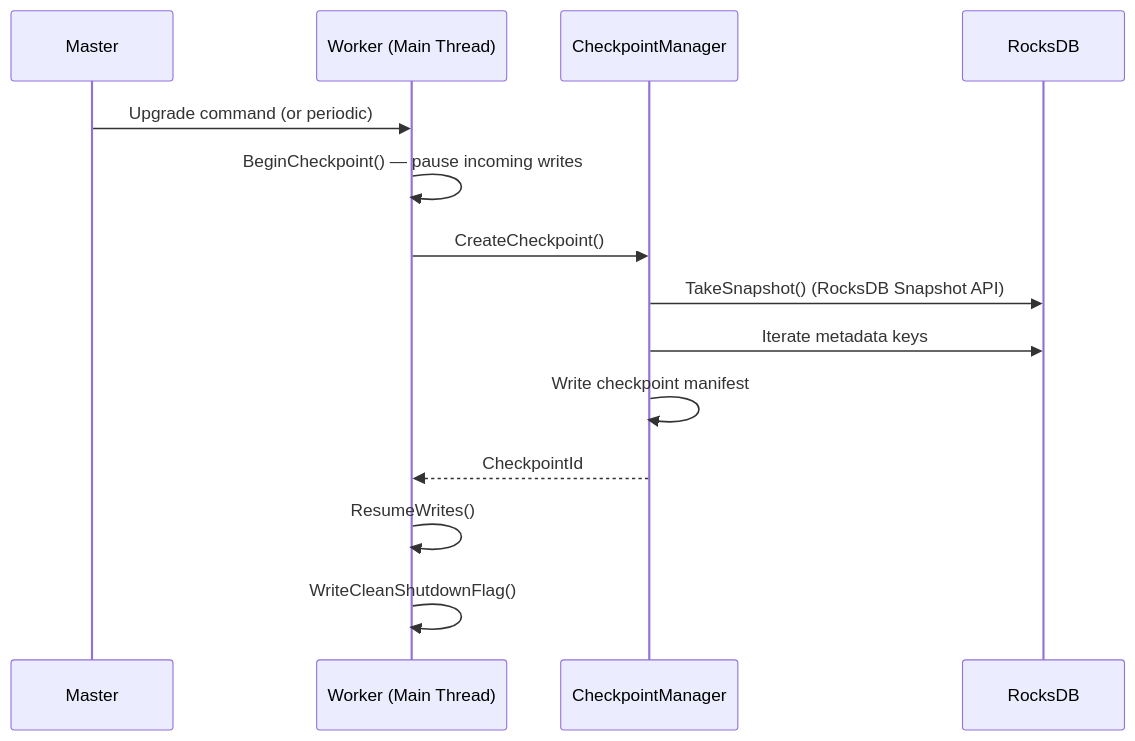
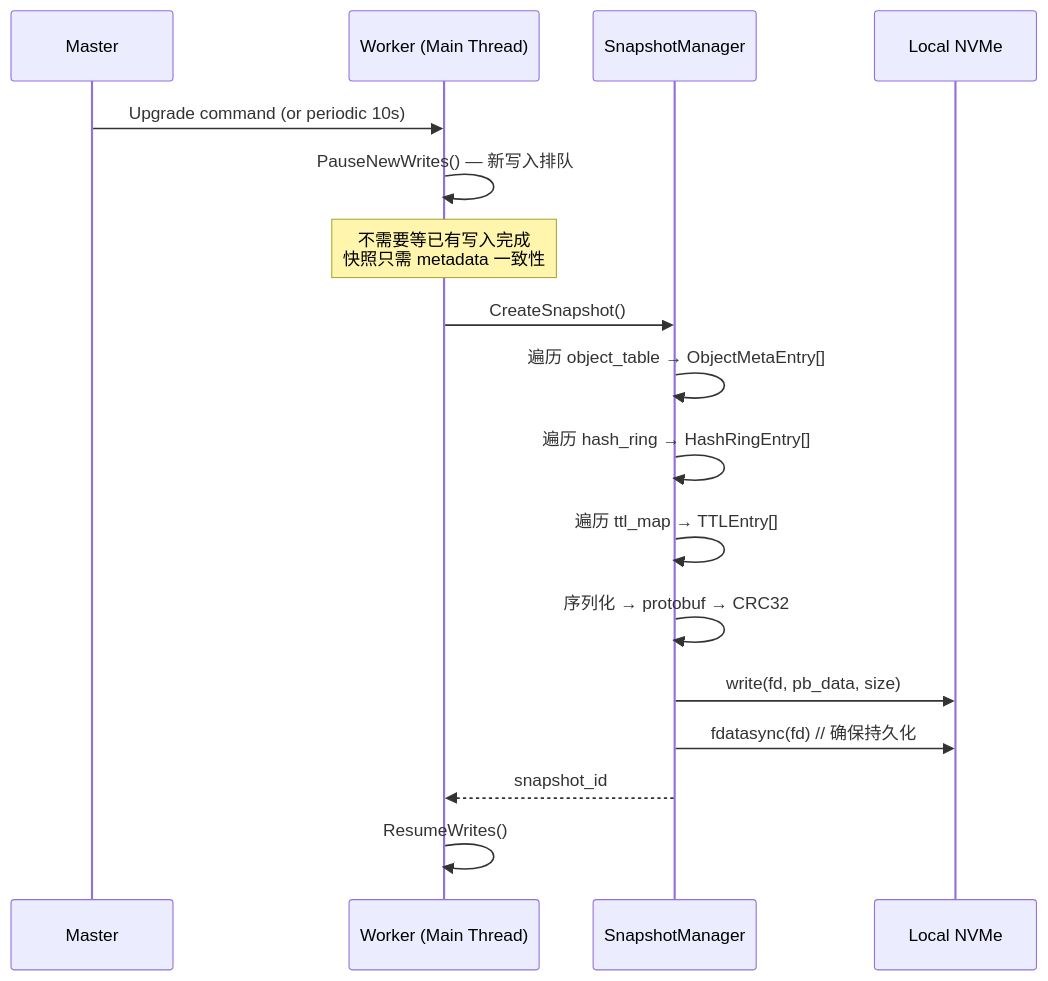
The second of 4 diagrams in rfc/2026-05-rolling-upgrade-inplace-recovery/design.md (CheYulin/yuanrong-datasystem-agent-workbench), drawn with Mermaid before and after one commit. The commit also changed other lines of this file, not shown here.

First line of the commit message:
refactor(RFC1): replace RocksDB Checkpoint with direct file snapshot

````diff
--- a/rfc/2026-05-rolling-upgrade-inplace-recovery/design.md
+++ b/rfc/2026-05-rolling-upgrade-inplace-recovery/design.md
@@ -142,17 +181,20 @@
 ```mermaid
 sequenceDiagram
     participant Master
     participant WorkerMain as Worker (Main Thread)
-    participant CheckpointMgr as CheckpointManager
-    participant RocksDB
+    participant SnapshotMgr as SnapshotManager
+    participant NVMe as Local NVMe
     
-    Master->>WorkerMain: Upgrade command (or periodic)
-    WorkerMain->>WorkerMain: BeginCheckpoint() — pause incoming writes
-    WorkerMain->>CheckpointMgr: CreateCheckpoint()
-    CheckpointMgr->>RocksDB: TakeSnapshot() (RocksDB Snapshot API)
-    CheckpointMgr->>RocksDB: Iterate metadata keys
-    CheckpointMgr->>CheckpointMgr: Write checkpoint manifest
-    CheckpointMgr-->>WorkerMain: CheckpointId
+    Master->>WorkerMain: Upgrade command (or periodic 10s)
+    WorkerMain->>WorkerMain: PauseNewWrites() — 新写入排队
+    Note over WorkerMain: 不需要等已有写入完成<br/>快照只需 metadata 一致性
+    WorkerMain->>SnapshotMgr: CreateSnapshot()
+    SnapshotMgr->>SnapshotMgr: 遍历 object_table → ObjectMetaEntry[]
+    SnapshotMgr->>SnapshotMgr: 遍历 hash_ring → HashRingEntry[]
+    SnapshotMgr->>SnapshotMgr: 遍历 ttl_map → TTLEntry[]
+    SnapshotMgr->>SnapshotMgr: 序列化 → protobuf → CRC32
+    SnapshotMgr->>NVMe: write(fd, pb_data, size)
+    SnapshotMgr->>NVMe: fdatasync(fd)  // 确保持久化
+    SnapshotMgr-->>WorkerMain: snapshot_id
     WorkerMain->>WorkerMain: ResumeWrites()
-    WorkerMain->>WorkerMain: WriteCleanShutdownFlag()
 ```
````
